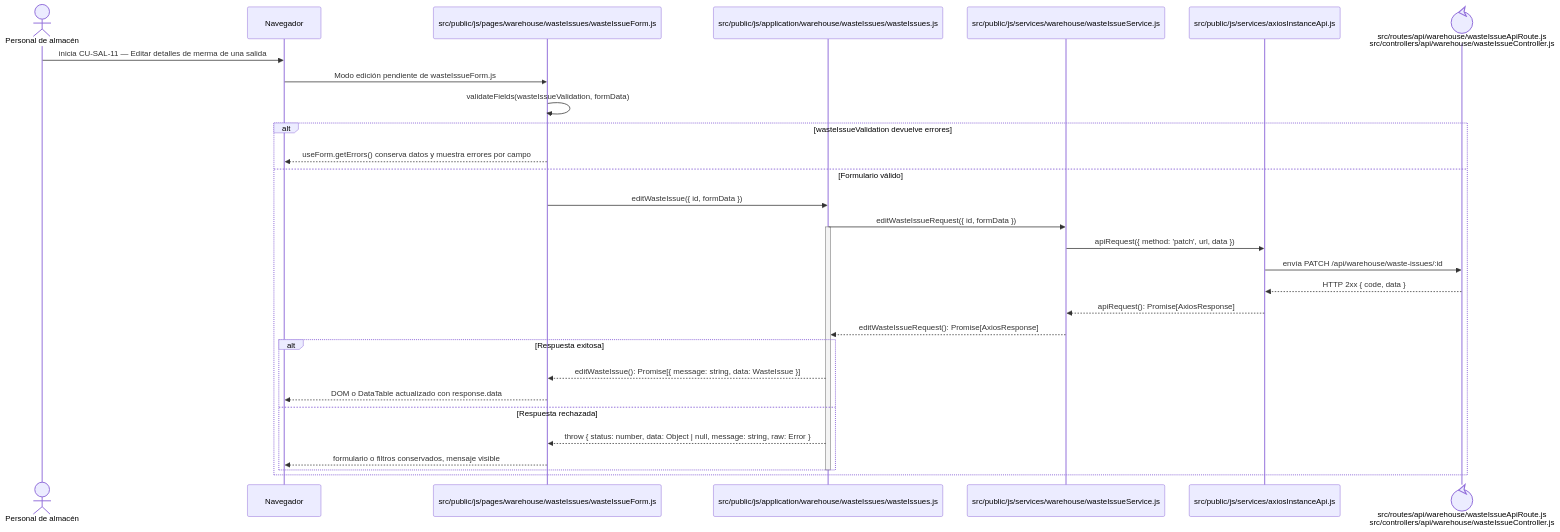
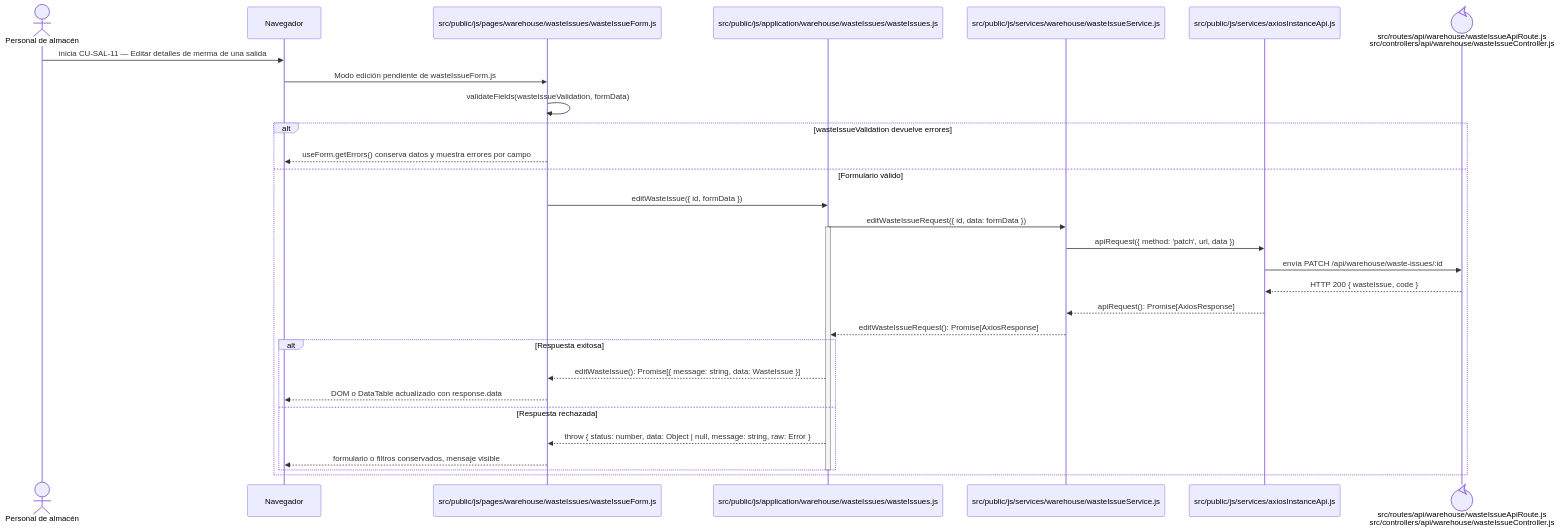
The diagram in docs/architecture/views/processes/frontend-code-sequences/issues/cu-sal-11.md (gpgsistemas01/nexus), drawn with Mermaid before and after one commit. The commit also changed 187 other files, not shown here.

````diff
--- a/docs/architecture/views/processes/frontend-code-sequences/issues/cu-sal-11.md
+++ b/docs/architecture/views/processes/frontend-code-sequences/issues/cu-sal-11.md
@@ -6,34 +6,34 @@
 ```mermaid
 sequenceDiagram
     actor Initiator as Personal de almacén
     participant Browser as Navegador
     participant View as src/public/js/pages/warehouse/wasteIssues/wasteIssueForm.js
     participant Application as src/public/js/application/warehouse/wasteIssues/wasteIssues.js
     participant Request as src/public/js/services/warehouse/wasteIssueService.js
     participant HTTP as src/public/js/services/axiosInstanceApi.js
     participant Transport@{ "type": "control" } as src/routes/api/warehouse/wasteIssueApiRoute.js<br/>src/controllers/api/warehouse/wasteIssueController.js
 
     Initiator->>Browser: inicia CU-SAL-11 — Editar detalles de merma de una salida
     Browser->>View: Modo edición pendiente de wasteIssueForm.js
     View->>View: validateFields(wasteIssueValidation, formData)
     alt wasteIssueValidation devuelve errores
         View-->>Browser: useForm.getErrors() conserva datos y muestra errores por campo
     else Formulario válido
         View->>Application: editWasteIssue({ id, formData })
-        Application->>Request: editWasteIssueRequest({ id, formData })
+        Application->>Request: editWasteIssueRequest({ id, data: formData })
         activate Application
         Request->>HTTP: apiRequest({ method: 'patch', url, data })
         HTTP->>Transport: envía PATCH /api/warehouse/waste-issues/:id
-        Transport-->>HTTP: HTTP 2xx { code, data }
+        Transport-->>HTTP: HTTP 200 { wasteIssue, code }
         HTTP-->>Request: apiRequest(): Promise[AxiosResponse]
         Request-->>Application: editWasteIssueRequest(): Promise[AxiosResponse]
         alt Respuesta exitosa
             Application-->>View: editWasteIssue(): Promise[{ message: string, data: WasteIssue }]
             View-->>Browser: DOM o DataTable actualizado con response.data
         else Respuesta rechazada
             Application-->>View: throw { status: number, data: Object | null, message: string, raw: Error }
             View-->>Browser: formulario o filtros conservados, mensaje visible
         end
         deactivate Application
     end
 ```
````
